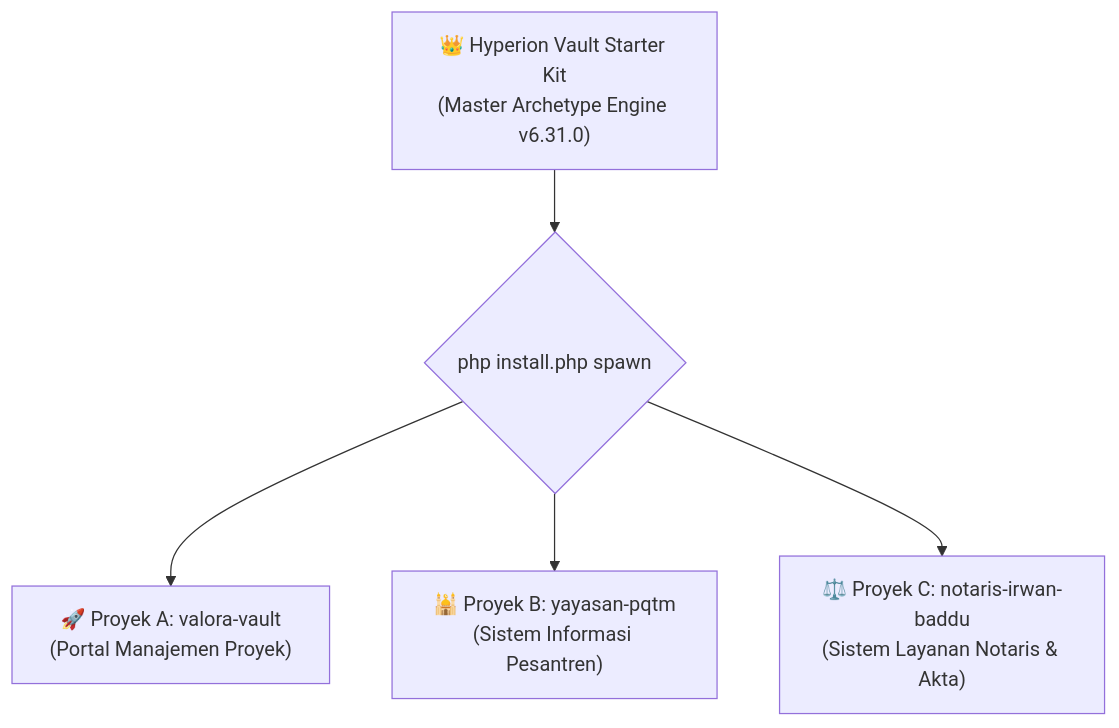
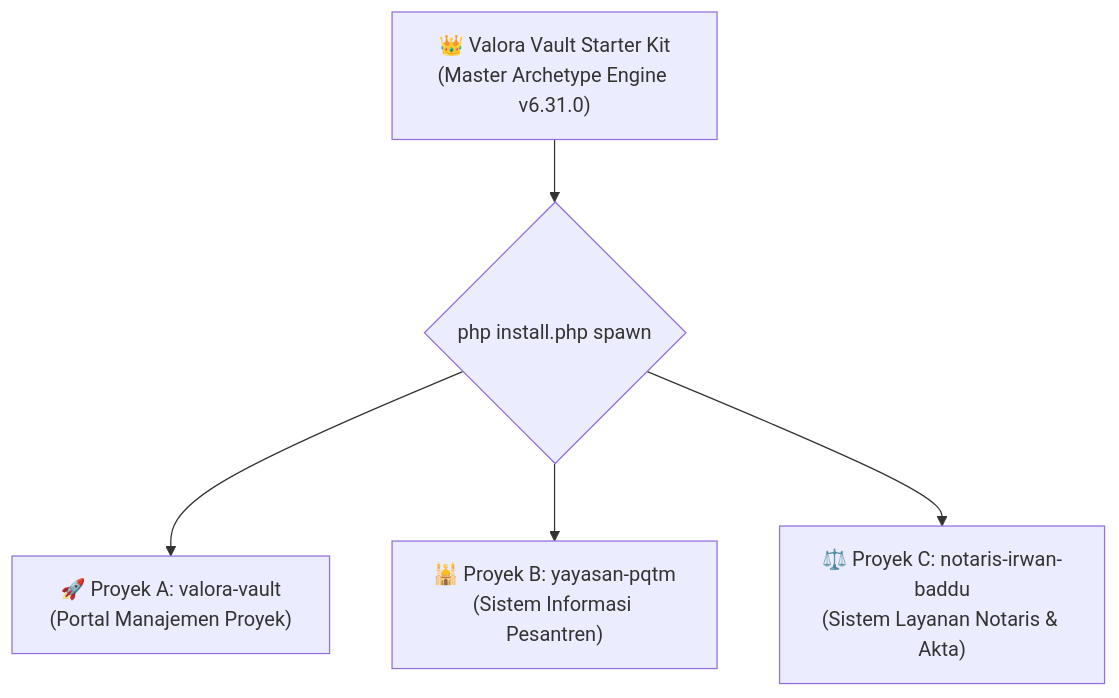
Before and after one commit to misbahudin98/valora-vault: the diagram in doc/developer_quickstart_guide.md, drawn with Mermaid. The commit also changed other lines of this file and 107 other files, not shown here.

Commit message:
refactor: eliminate all hyperion-vault branding across codebase and enforce zero dummy data in production database

````diff
--- a/doc/developer_quickstart_guide.md
+++ b/doc/developer_quickstart_guide.md
@@ -12,15 +12,15 @@
 ```mermaid
 flowchart TD
-    Master["👑 Hyperion Vault Starter Kit\n(Master Archetype Engine v6.31.0)"]
+    Master["👑 Valora Vault Starter Kit\n(Master Archetype Engine v6.31.0)"]
     
     Spawner{"php install.php spawn <nama-aplikasi>"}
     
     App1["🚀 Proyek A: valora-vault\n(Portal Manajemen Proyek)"]
     App2["🕌 Proyek B: yayasan-pqtm\n(Sistem Informasi Pesantren)"]
     App3["⚖️ Proyek C: notaris-irwan-baddu\n(Sistem Layanan Notaris & Akta)"]
 
     Master --> Spawner
     Spawner --> App1
     Spawner --> App2
     Spawner --> App3
 ```
````
